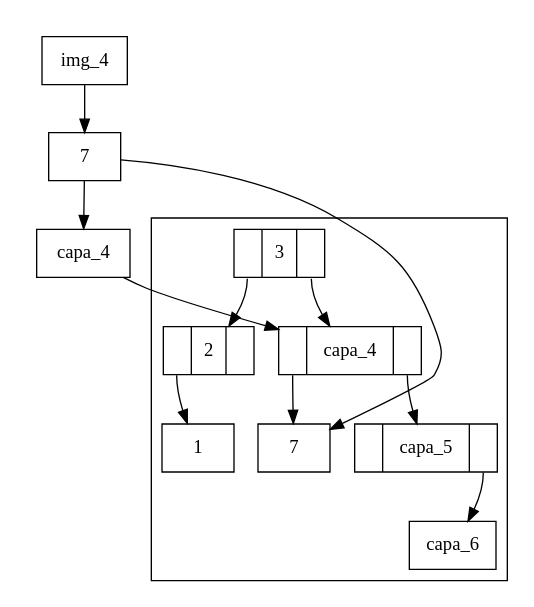
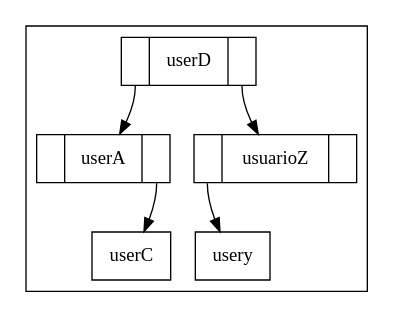
One commit to Chejohrpp/Proyecto1-EstructuraDatos changed the diagram in img/dibujable.dot. Above: the diagram before and after it, drawn with Graphviz. The commit also changed 4 other files, not shown here.

```diff
--- a/img/dibujable.dot
+++ b/img/dibujable.dot
@@ -1,31 +1,13 @@
-digraph g{ compound=true;
-subgraph cluster_img_img_4{
-style=filled;
-style=filled;
-color=white;
-node [shape=box,color=black];
-img_img_4img_4[label="img_4 "];
-img_img_4img_4->img_img_4_capas7;
-img_img_4_capas7->img_img_4_capascapa_4;
-img_img_4_capas7[label="7 "];
-img_img_4_capascapa_4[label="capa_4 "];
-}
-subgraph cluster_arbol_capas{
+digraph g{ subgraph cluster_arbol_users{
 rankdir=TB;
 node[shape = record, style=filled, fillcolor=white];
-capas3:C0->capas2;
-capas2:C0->capas1;
-capas1[label="1"];
-capas2[ label ="<C0>|2|<C1>"];
-capas3:C1->capascapa_4;
-capascapa_4:C0->capas7;
-capas7[label="7"];
-capascapa_4:C1->capascapa_5;
-capascapa_5:C1->capascapa_6;
-capascapa_6[label="capa_6"];
-capascapa_5[ label ="<C0>|capa_5|<C1>"];
-capascapa_4[ label ="<C0>|capa_4|<C1>"];
-capas3[ label ="<C0>|3|<C1>"];
-}img_img_4_capas7->capas7;
-img_img_4_capascapa_4->capascapa_4;
- }
+usersuserD:C0->usersuserA;
+usersuserA:C1->usersuserC;
+usersuserC[label="userC"];
+usersuserA[ label ="<C0>|userA|<C1>"];
+usersuserD:C1->usersusuarioZ;
+usersusuarioZ:C0->usersusery;
+usersusery[label="usery"];
+usersusuarioZ[ label ="<C0>|usuarioZ|<C1>"];
+usersuserD[ label ="<C0>|userD|<C1>"];
+} }
```
